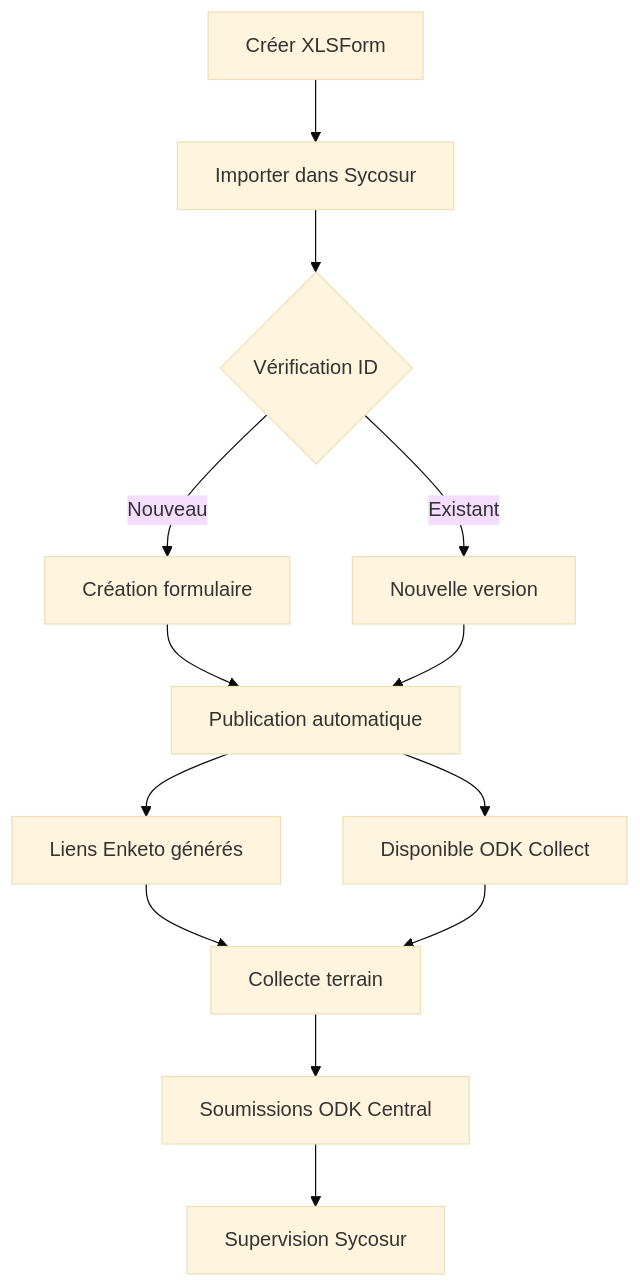
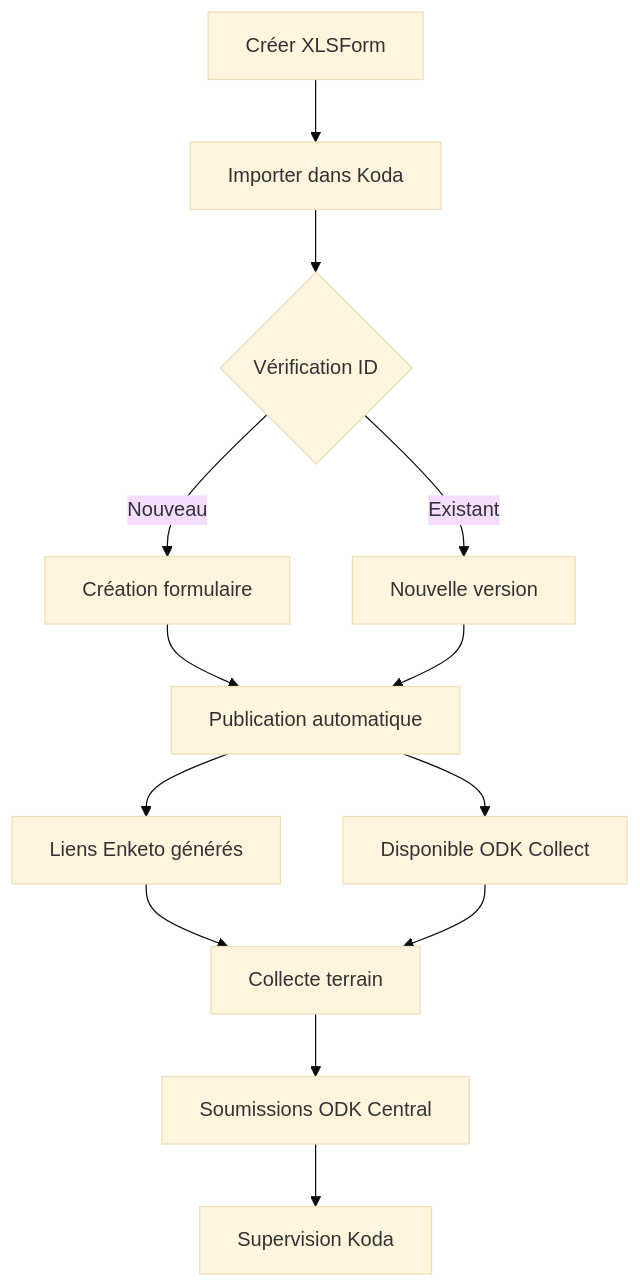
The diagram in docs/tutorials/first-survey.md (KODAAP/koda-infra), drawn with Mermaid (base theme) before and after one commit. The commit also changed other lines of this file and 19 other files, not shown here.

````diff
--- a/docs/tutorials/first-survey.md
+++ b/docs/tutorials/first-survey.md
@@ -89,15 +89,15 @@
 ```mermaid
 graph TD
-    A[Créer XLSForm] --> B[Importer dans Sycosur]
+    A[Créer XLSForm] --> B[Importer dans Koda]
     B --> C{Vérification ID}
     C -->|Nouveau| D[Création formulaire]
     C -->|Existant| E[Nouvelle version]
     D --> F[Publication automatique]
     E --> F
     F --> G[Liens Enketo générés]
     F --> H[Disponible ODK Collect]
     G --> I[Collecte terrain]
     H --> I
     I --> J[Soumissions ODK Central]
-    J --> K[Supervision Sycosur]
+    J --> K[Supervision Koda]
 ```
````
